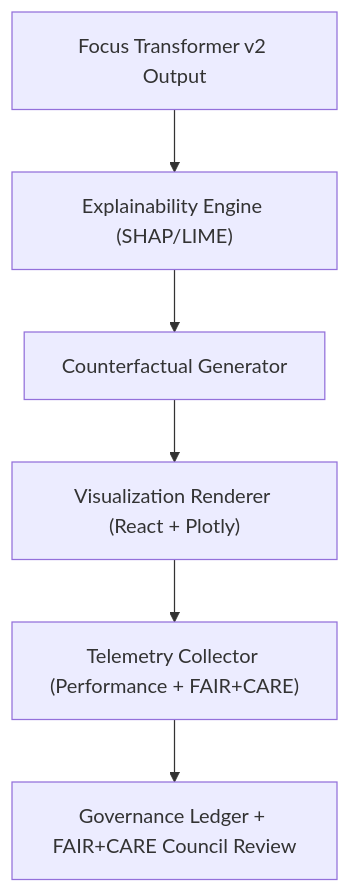
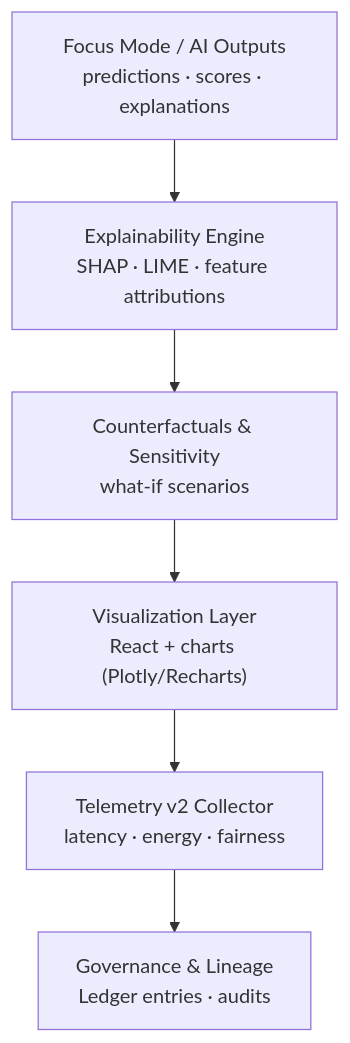
Before and after one commit to bartytime4life/Kansas-Frontier-Matrix: the diagram in docs/guides/visualization/explainability-dashboard.md, drawn with Mermaid. The commit also changed other lines of this file, not shown here.

`````diff
--- a/docs/guides/visualization/explainability-dashboard.md
+++ b/docs/guides/visualization/explainability-dashboard.md
@@ -62,8 +82,9 @@
 ```mermaid
 flowchart TD
-A["Focus Transformer v2 Output"] --> B["Explainability Engine (SHAP/LIME)"]
-B --> C["Counterfactual Generator"]
-C --> D["Visualization Renderer (React + Plotly)"]
-D --> E["Telemetry Collector (Performance + FAIR+CARE)"]
-E --> F["Governance Ledger + FAIR+CARE Council Review"]
-```
+
+A["Focus Mode / AI Outputs<br/>predictions · scores · explanations"] --> B["Explainability Engine<br/>SHAP · LIME · feature attributions"]
+B --> C["Counterfactuals & Sensitivity<br/>what-if scenarios"]
+C --> D["Visualization Layer<br/>React + charts (Plotly/Recharts)"]
+D --> E["Telemetry v2 Collector<br/>latency · energy · fairness"]
+E --> F["Governance & Lineage<br/>Ledger entries · audits"]
+````
`````
